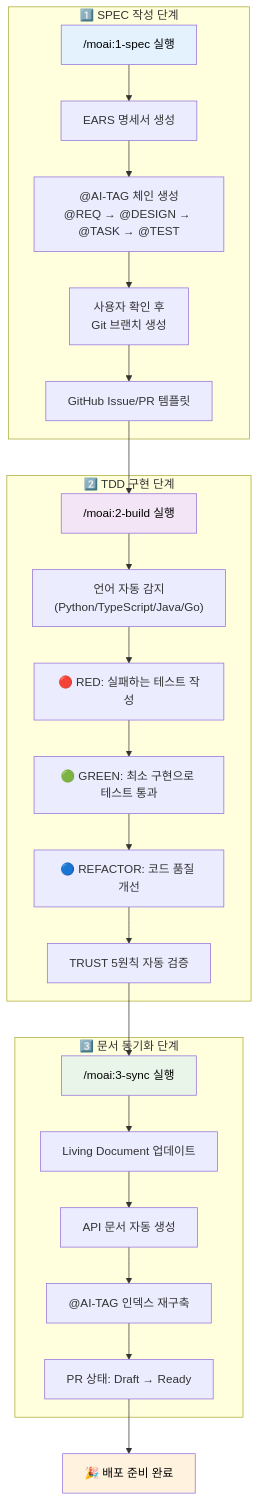
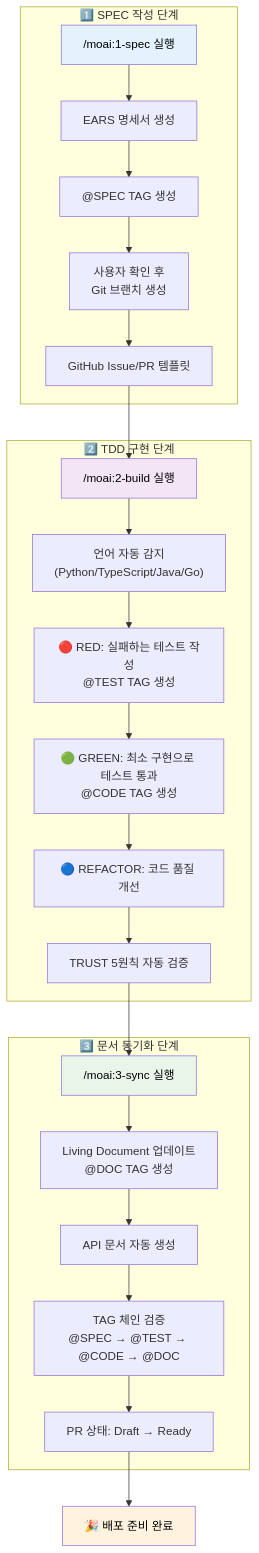
One commit to modu-ai/moai-adk changed the fourth of 6 diagrams in README.md. Above: the diagram before and after it, drawn with Mermaid. The commit also changed other lines of this file and 16 other files, not shown here.

````diff
--- a/README.md
+++ b/README.md
@@ -306,33 +307,33 @@
 ```mermaid
 graph TB
     subgraph "1️⃣ SPEC 작성 단계"
         A["/moai:1-spec 실행"] --> A1["EARS 명세서 생성"]
-        A1 --> A2["@AI-TAG 체인 생성<br/>@REQ → @DESIGN → @TASK → @TEST"]
+        A1 --> A2["@SPEC TAG 생성"]
         A2 --> A3["사용자 확인 후<br/>Git 브랜치 생성"]
         A3 --> A4["GitHub Issue/PR 템플릿"]
     end
 
     subgraph "2️⃣ TDD 구현 단계"
         B["/moai:2-build 실행"] --> B1["언어 자동 감지<br/>(Python/TypeScript/Java/Go)"]
-        B1 --> B2["🔴 RED: 실패하는 테스트 작성"]
-        B2 --> B3["🟢 GREEN: 최소 구현으로 테스트 통과"]
+        B1 --> B2["🔴 RED: 실패하는 테스트 작성<br/>@TEST TAG 생성"]
+        B2 --> B3["🟢 GREEN: 최소 구현으로 테스트 통과<br/>@CODE TAG 생성"]
         B3 --> B4["🔵 REFACTOR: 코드 품질 개선"]
         B4 --> B5["TRUST 5원칙 자동 검증"]
     end
 
     subgraph "3️⃣ 문서 동기화 단계"
-        C["/moai:3-sync 실행"] --> C1["Living Document 업데이트"]
+        C["/moai:3-sync 실행"] --> C1["Living Document 업데이트<br/>@DOC TAG 생성"]
         C1 --> C2["API 문서 자동 생성"]
-        C2 --> C3["@AI-TAG 인덱스 재구축"]
+        C2 --> C3["TAG 체인 검증<br/>@SPEC → @TEST → @CODE → @DOC"]
         C3 --> C4["PR 상태: Draft → Ready"]
     end
 
     A4 --> B
     B5 --> C
     C4 --> D["🎉 배포 준비 완료"]
 
     style A fill:#e3f2fd,color:#000
     style B fill:#f3e5f5,color:#000
     style C fill:#e8f5e8,color:#000
     style D fill:#fff3e0,color:#000
 ```
````
